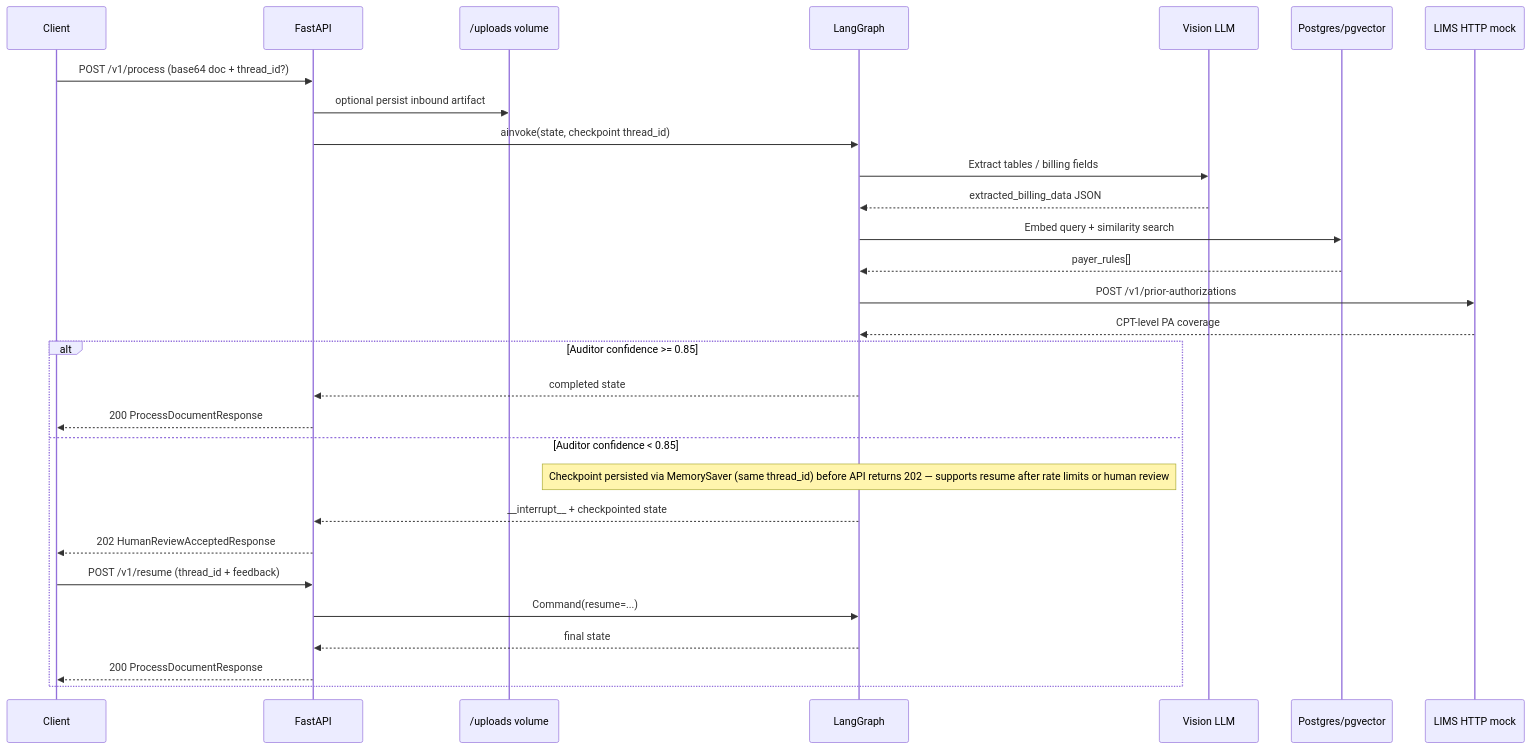
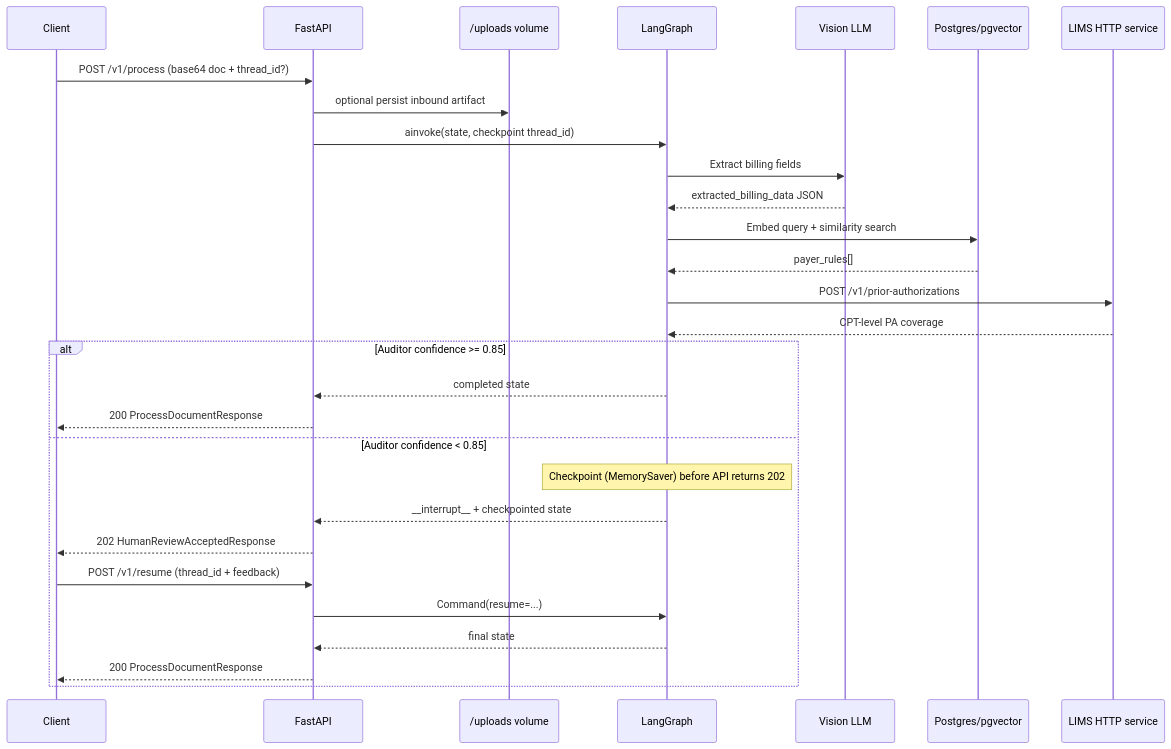
One commit to pvenkata-tech/the-rcm-guardian changed the second of 2 diagrams in README.md. Above: the diagram before and after it, drawn with Mermaid. The commit also changed other lines of this file and 6 other files, not shown here.

First line of the commit message:
feat: auditor PA-gap schema, Grafana dashboard, production README

````diff
--- a/README.md
+++ b/README.md
@@ -113,33 +105,33 @@
 ```mermaid
 sequenceDiagram
     participant C as Client
     participant F as FastAPI
     participant U as /uploads volume
     participant G as LangGraph
     participant V as Vision LLM
     participant DB as Postgres/pgvector
-    participant L as LIMS HTTP mock
+    participant L as LIMS HTTP service
 
     C->>F: POST /v1/process (base64 doc + thread_id?)
     F->>U: optional persist inbound artifact
     F->>G: ainvoke(state, checkpoint thread_id)
-    G->>V: Extract tables / billing fields
+    G->>V: Extract billing fields
     V-->>G: extracted_billing_data JSON
     G->>DB: Embed query + similarity search
     DB-->>G: payer_rules[]
     G->>L: POST /v1/prior-authorizations
     L-->>G: CPT-level PA coverage
 
     alt Auditor confidence >= 0.85
         G-->>F: completed state
         F-->>C: 200 ProcessDocumentResponse
     else Auditor confidence < 0.85
-        Note over G: Checkpoint persisted via MemorySaver (same thread_id) before API returns 202 — supports resume after rate limits or human review
+        Note over G: Checkpoint (MemorySaver) before API returns 202
         G-->>F: __interrupt__ + checkpointed state
         F-->>C: 202 HumanReviewAcceptedResponse
         C->>F: POST /v1/resume (thread_id + feedback)
         F->>G: Command(resume=...)
         G-->>F: final state
         F-->>C: 200 ProcessDocumentResponse
     end
 ```
````
